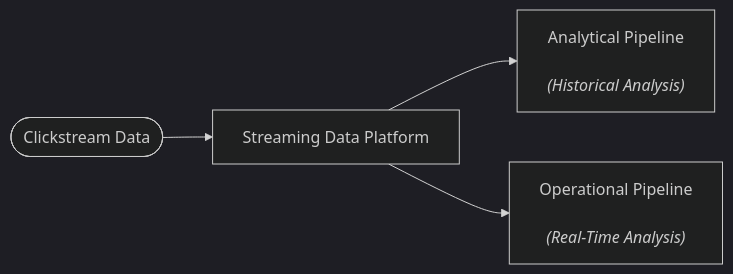
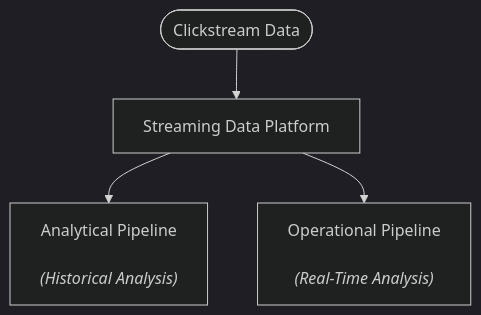
One commit to Rez99/data-engineering-portfolio changed the second of 3 diagrams in project-3-streaming-bot-detection/README.md. Above: the diagram before and after it, drawn with Mermaid (dark theme). The commit also changed other lines of this file, not shown here.

Commit message:
Fix flowchart direction in README for clarity

````diff
--- a/project-3-streaming-bot-detection/README.md
+++ b/project-3-streaming-bot-detection/README.md
@@ -74,15 +74,15 @@
 ```mermaid
-flowchart LR
+flowchart TD
 
     DATA([Clickstream Data])
 
     PLATFORM[Streaming Data Platform]
 
     ANALYTICAL["Analytical Pipeline<br/><br/><i>(Historical Analysis)</i>"]
 
     OPERATIONAL["Operational Pipeline<br/><br/><i>(Real-Time Analysis)</i>"]
 
     DATA --> PLATFORM
     PLATFORM --> ANALYTICAL
     PLATFORM --> OPERATIONAL
 ```
````
